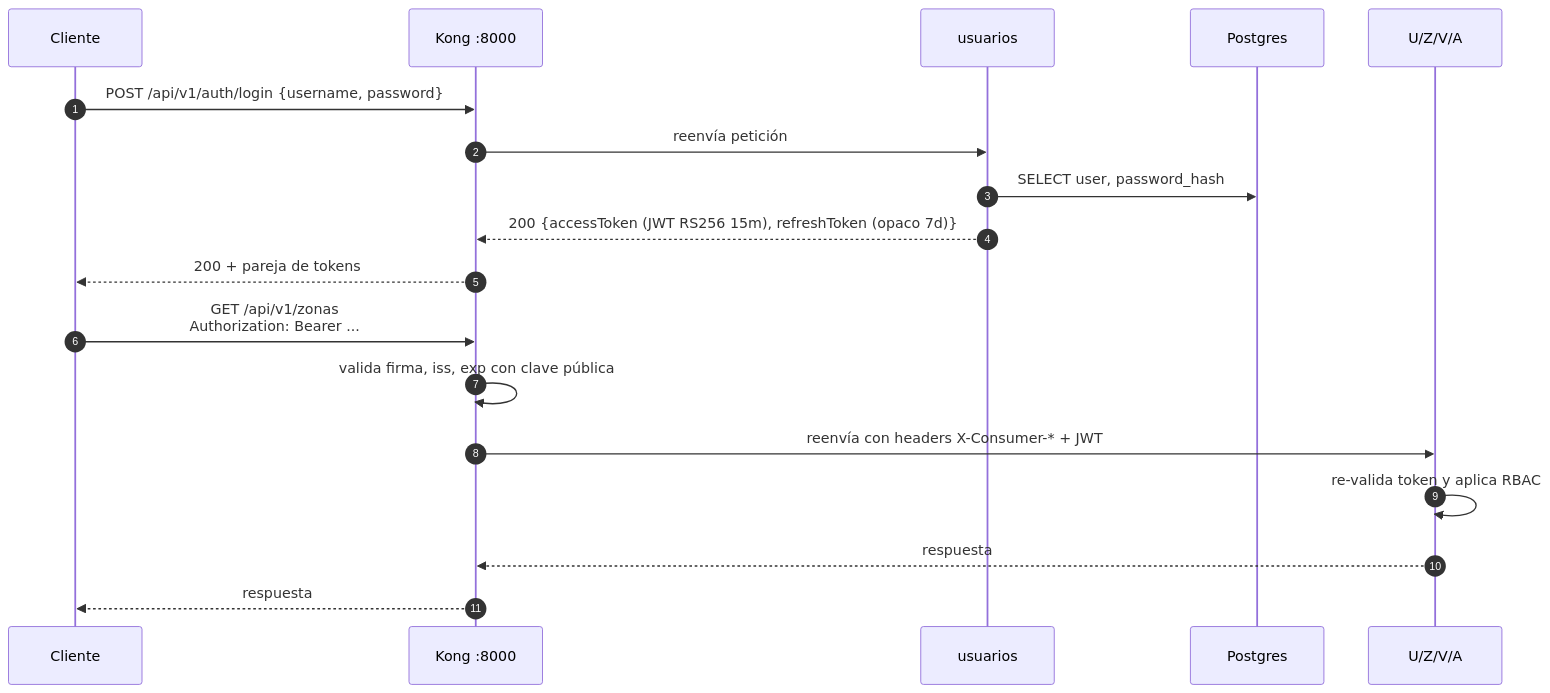
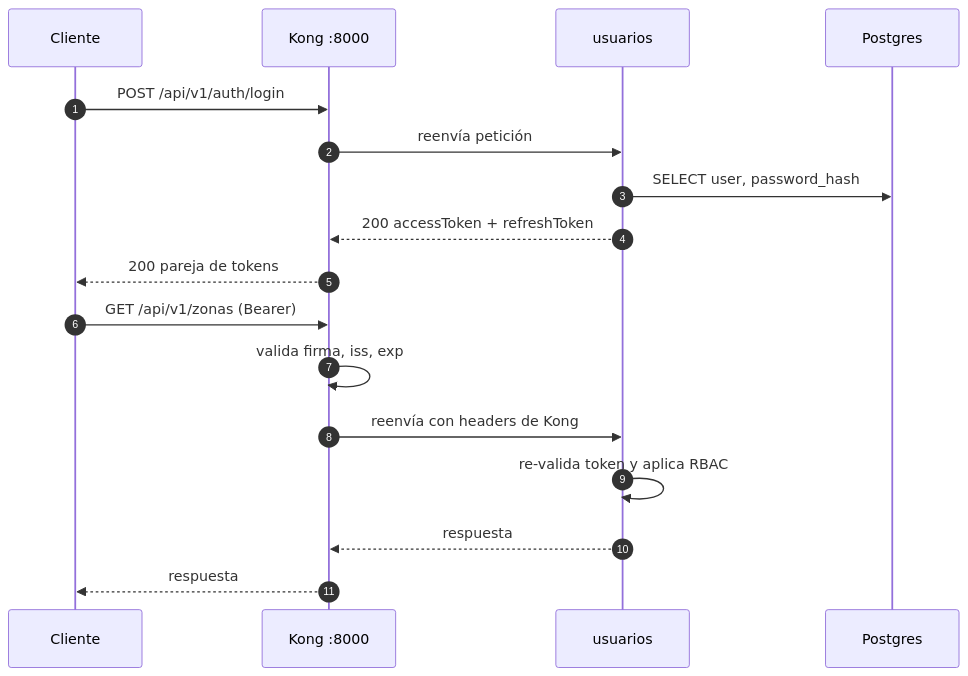
The second of 7 diagrams in README.md (AMVMesias/Distribuidas-PC2), drawn with Mermaid before and after one commit. The commit also changed other lines of this file and 1 other file, not shown here.

````diff
--- a/README.md
+++ b/README.md
@@ -113,21 +113,21 @@
 ```mermaid
 sequenceDiagram
     autonumber
     participant C as Cliente
     participant K as Kong :8000
     participant U as usuarios
     participant DB as Postgres
 
-    C->>K: POST /api/v1/auth/login {username, password}
+    C->>K: POST /api/v1/auth/login
     K->>U: reenvía petición
     U->>DB: SELECT user, password_hash
-    U-->>K: 200 {accessToken (JWT RS256 15m), refreshToken (opaco 7d)}
-    K-->>C: 200 + pareja de tokens
+    U-->>K: 200 accessToken + refreshToken
+    K-->>C: 200 pareja de tokens
 
-    C->>K: GET /api/v1/zonas<br/>Authorization: Bearer ...
-    K->>K: valida firma, iss, exp con clave pública
-    K->>U/Z/V/A: reenvía con headers X-Consumer-* + JWT
-    U/Z/V/A->>U/Z/V/A: re-valida token y aplica RBAC
-    U/Z/V/A-->>K: respuesta
+    C->>K: GET /api/v1/zonas (Bearer)
+    K->>K: valida firma, iss, exp
+    K->>U: reenvía con headers de Kong
+    U->>U: re-valida token y aplica RBAC
+    U-->>K: respuesta
     K-->>C: respuesta
 ```
````
